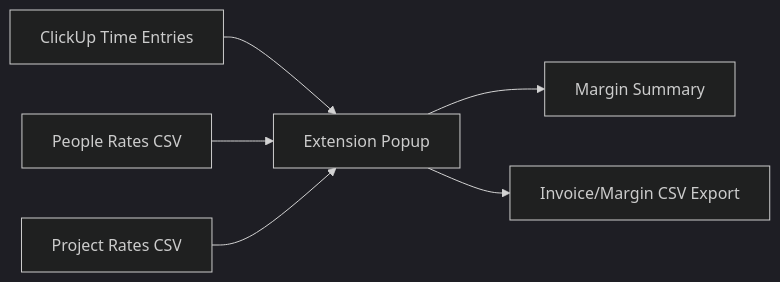
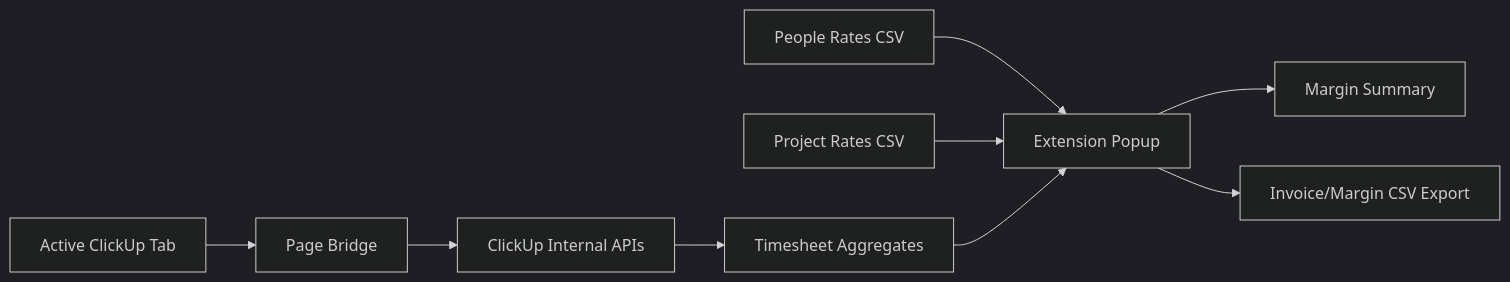
The diagram in docs/architecture.md (hengliu0919/clickup-margin-report-extension), drawn with Mermaid (dark theme) before and after one commit. The commit also changed other lines of this file and 13 other files, not shown here.

````diff
--- a/docs/architecture.md
+++ b/docs/architecture.md
@@ -17,8 +18,11 @@
 ```mermaid
 flowchart LR
-  A["ClickUp Time Entries"] --> B["Extension Popup"]
-  C["People Rates CSV"] --> B
-  D["Project Rates CSV"] --> B
-  B --> E["Margin Summary"]
-  B --> F["Invoice/Margin CSV Export"]
+  A["Active ClickUp Tab"] --> B["Page Bridge"]
+  B --> C["ClickUp Internal APIs"]
+  C --> D["Timesheet Aggregates"]
+  E["People Rates CSV"] --> F["Extension Popup"]
+  G["Project Rates CSV"] --> F
+  D --> F
+  F --> H["Margin Summary"]
+  F --> I["Invoice/Margin CSV Export"]
 ```
````
